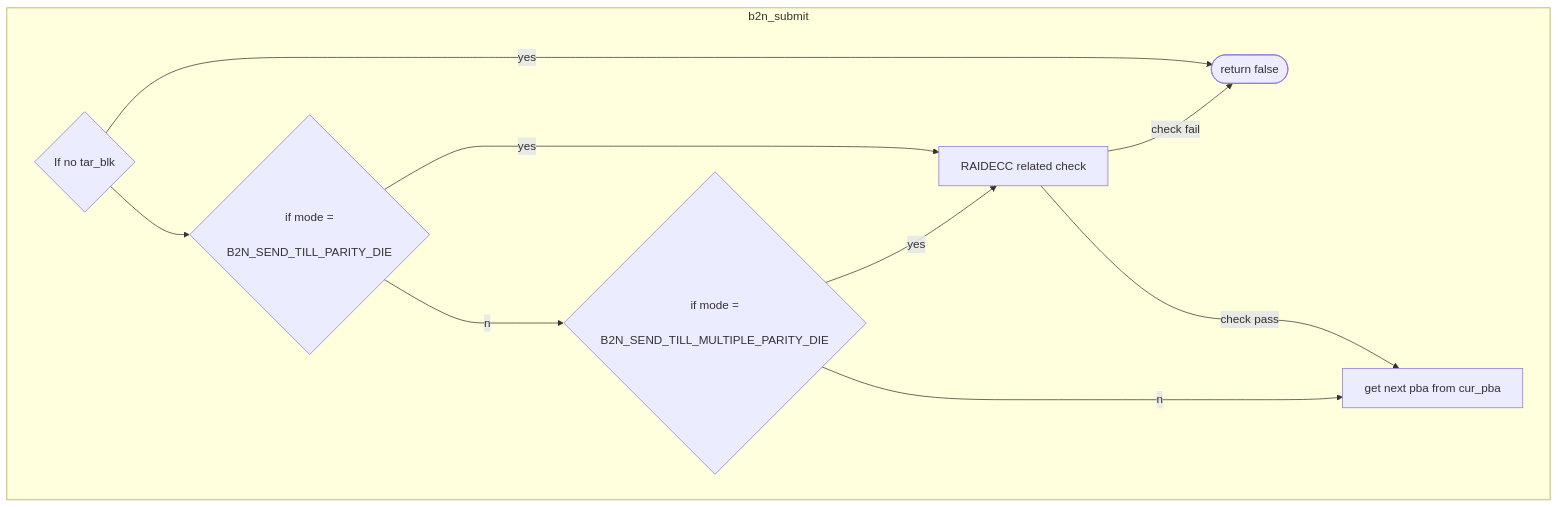
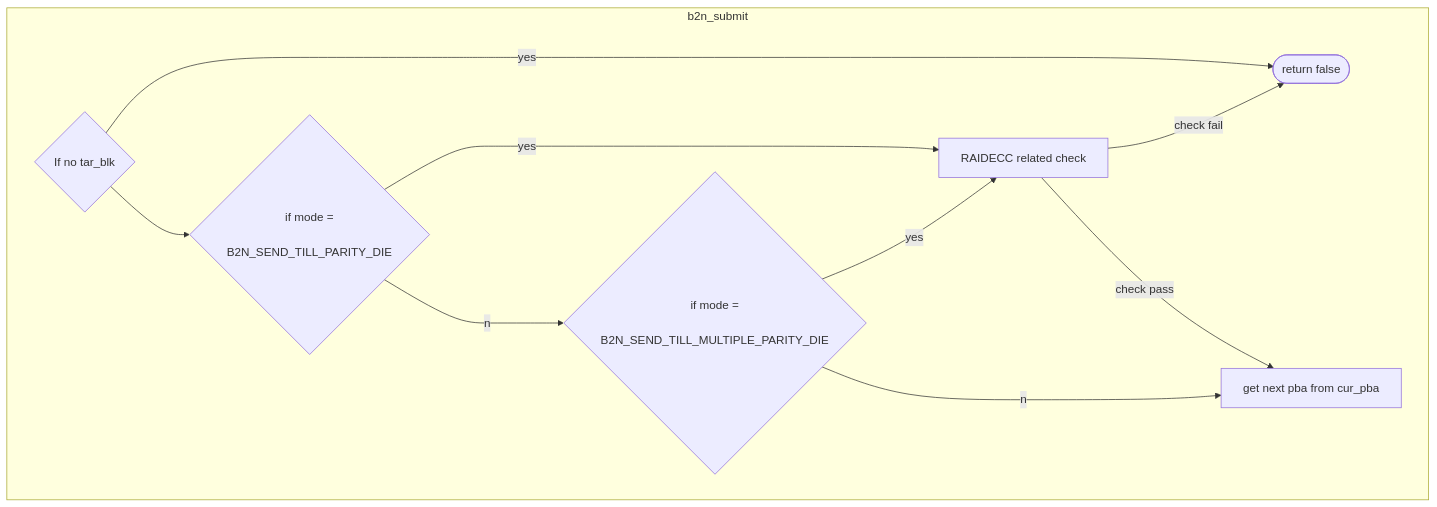
One commit to jenny112646/iodraw-files changed the diagram in all/未命名-2.md. Above: the diagram before and after it, drawn with Mermaid.

Commit message:
2024-06-07 10:56:48 update

````diff
--- a/all/未命名-2.md
+++ b/all/未命名-2.md
@@ -1,17 +1,17 @@
 ```mermaid
 flowchart TD
 subgraph b2n_submit
     direction LR
     c1{"If no tar_blk"} --yes--> c2([return false])
     c1 --> c3{"if mode =
     B2N_SEND_TILL_PARITY_DIE"}
     c3 --yes--> c4["RAIDECC related check"]
     c3 --no--> c5{"if mode =
     B2N_SEND_TILL_MULTIPLE_PARITY_DIE"}
     c5 --yes--> c4["RAIDECC related check"]
-    c5 --no---> c6["get next pba from cur_pba"]
+    c5 --no--> c6["get next pba from cur_pba"]
     c4 --"check fail"--> c2
     c4 --"check pass"--> c6
 
 end
 ```
````
